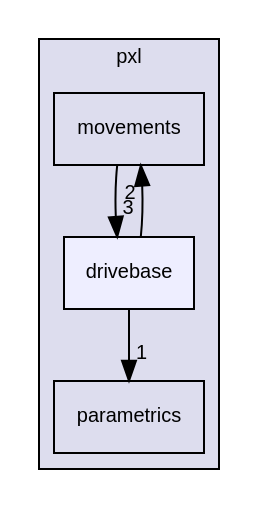
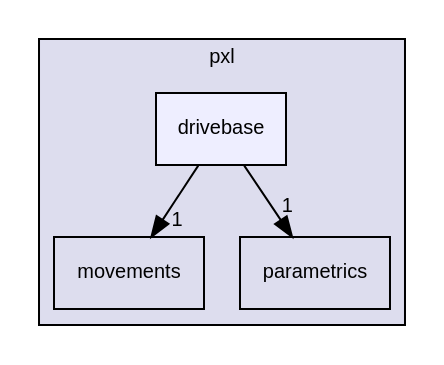
Before and after one commit to Pixel-Lib/Pixel: the diagram in dir_b9c15b04b870febd75b2c7da7b08487e_dep.dot, drawn with Graphviz. The commit also changed 176 other files, not shown here.

```diff
--- a/dir_b9c15b04b870febd75b2c7da7b08487e_dep.dot
+++ b/dir_b9c15b04b870febd75b2c7da7b08487e_dep.dot
@@ -1,14 +1,13 @@
 digraph "include/pxl/drivebase" {
   compound=true
   node [ fontsize="10", fontname="Helvetica"];
   edge [ labelfontsize="10", labelfontname="Helvetica"];
   subgraph clusterdir_223a821f9d0f41fe283df0679d559c30 {
     graph [ bgcolor="#ddddee", pencolor="black", label="pxl" fontname="Helvetica", fontsize="10", URL="dir_223a821f9d0f41fe283df0679d559c30.html"]
   dir_5cfc00ab41c6bfdb94de67ae19deb858 [shape=box label="movements" URL="dir_5cfc00ab41c6bfdb94de67ae19deb858.html"];
   dir_eb646048f21f30d1c203f0e7d7bb28f9 [shape=box label="parametrics" URL="dir_eb646048f21f30d1c203f0e7d7bb28f9.html"];
   dir_b9c15b04b870febd75b2c7da7b08487e [shape=box, label="drivebase", style="filled", fillcolor="#eeeeff", pencolor="black", URL="dir_b9c15b04b870febd75b2c7da7b08487e.html"];
   }
-  dir_b9c15b04b870febd75b2c7da7b08487e->dir_5cfc00ab41c6bfdb94de67ae19deb858 [headlabel="2", labeldistance=1.5 headhref="dir_000002_000003.html"];
+  dir_b9c15b04b870febd75b2c7da7b08487e->dir_5cfc00ab41c6bfdb94de67ae19deb858 [headlabel="1", labeldistance=1.5 headhref="dir_000002_000003.html"];
   dir_b9c15b04b870febd75b2c7da7b08487e->dir_eb646048f21f30d1c203f0e7d7bb28f9 [headlabel="1", labeldistance=1.5 headhref="dir_000002_000004.html"];
-  dir_5cfc00ab41c6bfdb94de67ae19deb858->dir_b9c15b04b870febd75b2c7da7b08487e [headlabel="3", labeldistance=1.5 headhref="dir_000003_000002.html"];
 }
```
